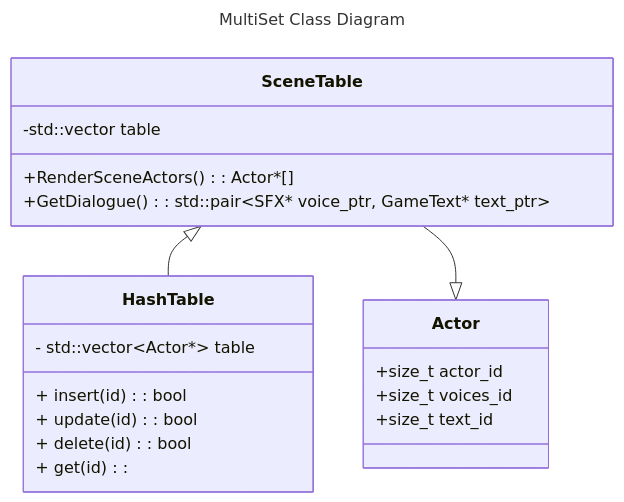
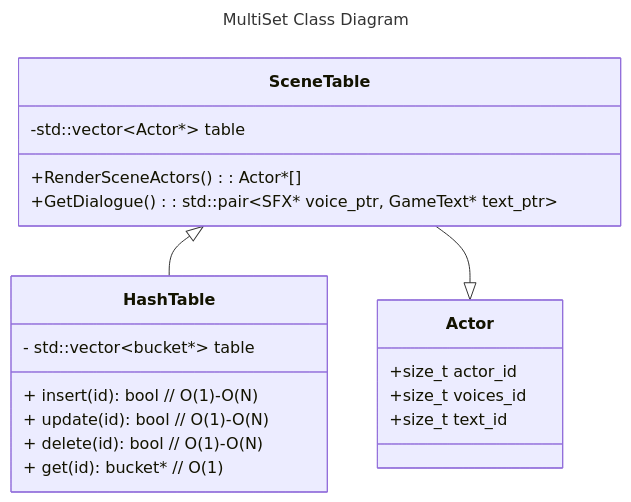
The first of 2 diagrams in DESIGN.md (WSU-janderson/project6-multiset-design-GrantBenR), drawn with Mermaid before and after one commit. The commit also changed other lines of this file, not shown here.

````diff
--- a/DESIGN.md
+++ b/DESIGN.md
@@ -107,25 +121,25 @@
 ```mermaid
 ---
 title: MultiSet Class Diagram
 ---
 classDiagram
     SceneTable <|-- HashTable
     SceneTable --|> Actor
     class SceneTable{
-        -std::vector table
+        -std::vector&lt;Actor*&gt table
         +RenderSceneActors(): Actor*[]
         +GetDialogue(): std::pair&lt;SFX* voice_ptr, GameText* text_ptr&gt
     }
     class Actor{
         +size_t actor_id
         +size_t voices_id
         +size_t text_id
     }
     class HashTable{
-        - std::vector&lt;Actor*&gt table
-        + insert(id): bool
-        + update(id): bool
-        + delete(id): bool
-        + get(id): 
+        - std::vector&lt;bucket*&gt table
+        + insert(id): bool // O(1)-O(N)
+        + update(id): bool // O(1)-O(N)
+        + delete(id): bool // O(1)-O(N)
+        + get(id): bucket* // O(1)
     }
 ```
````
